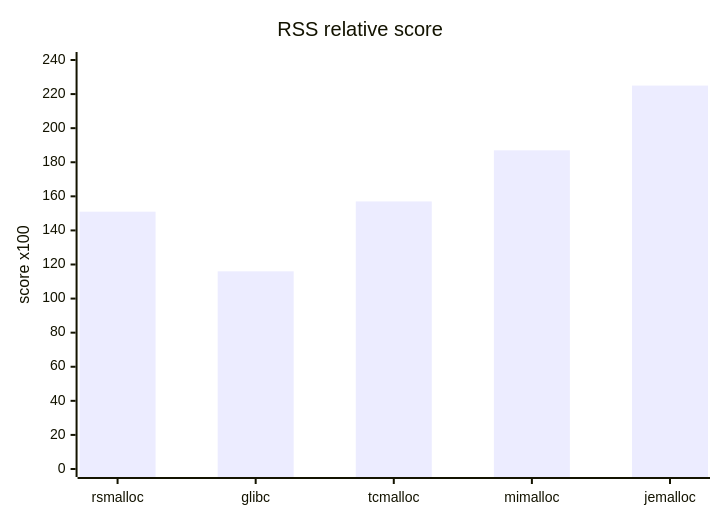
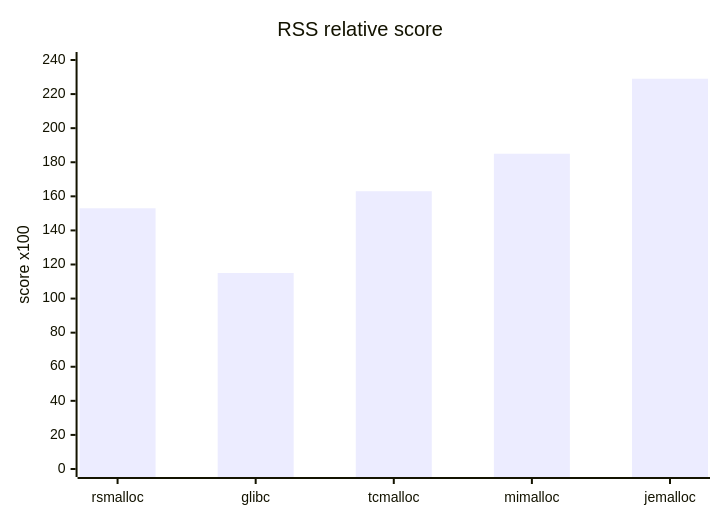
One commit to Metehan120/rsmalloc changed the fourth of 8 diagrams in benchmarks/benchmarks.md. Above: the diagram before and after it, drawn with Mermaid. The commit also changed other lines of this file and 1 other file, not shown here.

````diff
--- a/benchmarks/benchmarks.md
+++ b/benchmarks/benchmarks.md
@@ -108,7 +108,7 @@
 ```mermaid
 xychart-beta
     title "RSS relative score"
     x-axis [rsmalloc, glibc, tcmalloc, mimalloc, jemalloc]
     y-axis "score x100" 0 --> 240
-    bar [151, 116, 157, 187, 225]
+    bar [153, 115, 163, 185, 229]
 ```
````
